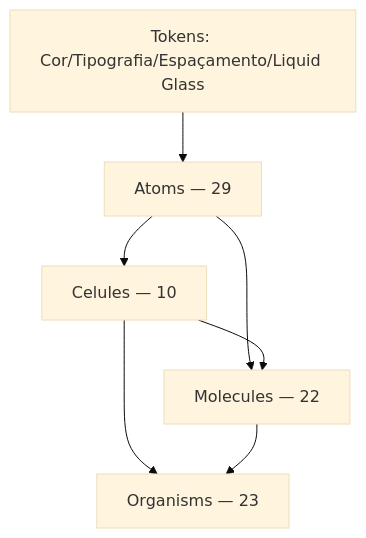
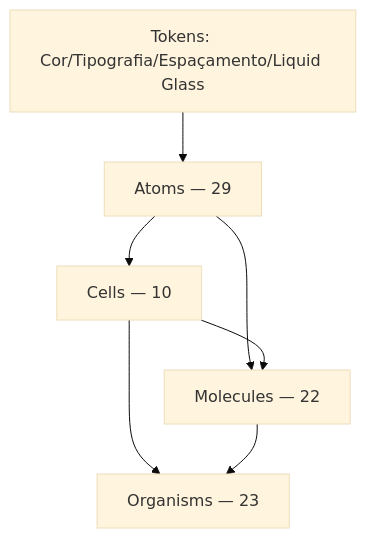
One commit to nandoantonio-git/Athena-Framework changed the diagram in design-system/docs/vault/Design System/Camadas Atômicas.md. Above: the diagram before and after it, drawn with Mermaid (base theme). The commit also changed other lines of this file and 89 other files, not shown here.

````diff
--- a/design-system/docs/vault/Design System/Camadas Atômicas.md
+++ b/design-system/docs/vault/Design System/Camadas Atômicas.md
@@ -9,9 +9,9 @@
 ```mermaid
 graph TD
     Tokens[Tokens: Cor/Tipografia/Espaçamento/Liquid Glass] --> Atoms
-    Atoms[Atoms — 29] --> Celules[Celules — 10]
+    Atoms[Atoms — 29] --> Cells[Cells — 10]
     Atoms --> Molecules[Molecules — 22]
-    Celules --> Molecules
-    Celules --> Organisms[Organisms — 23]
+    Cells --> Molecules
+    Cells --> Organisms[Organisms — 23]
     Molecules --> Organisms
 ```
````
